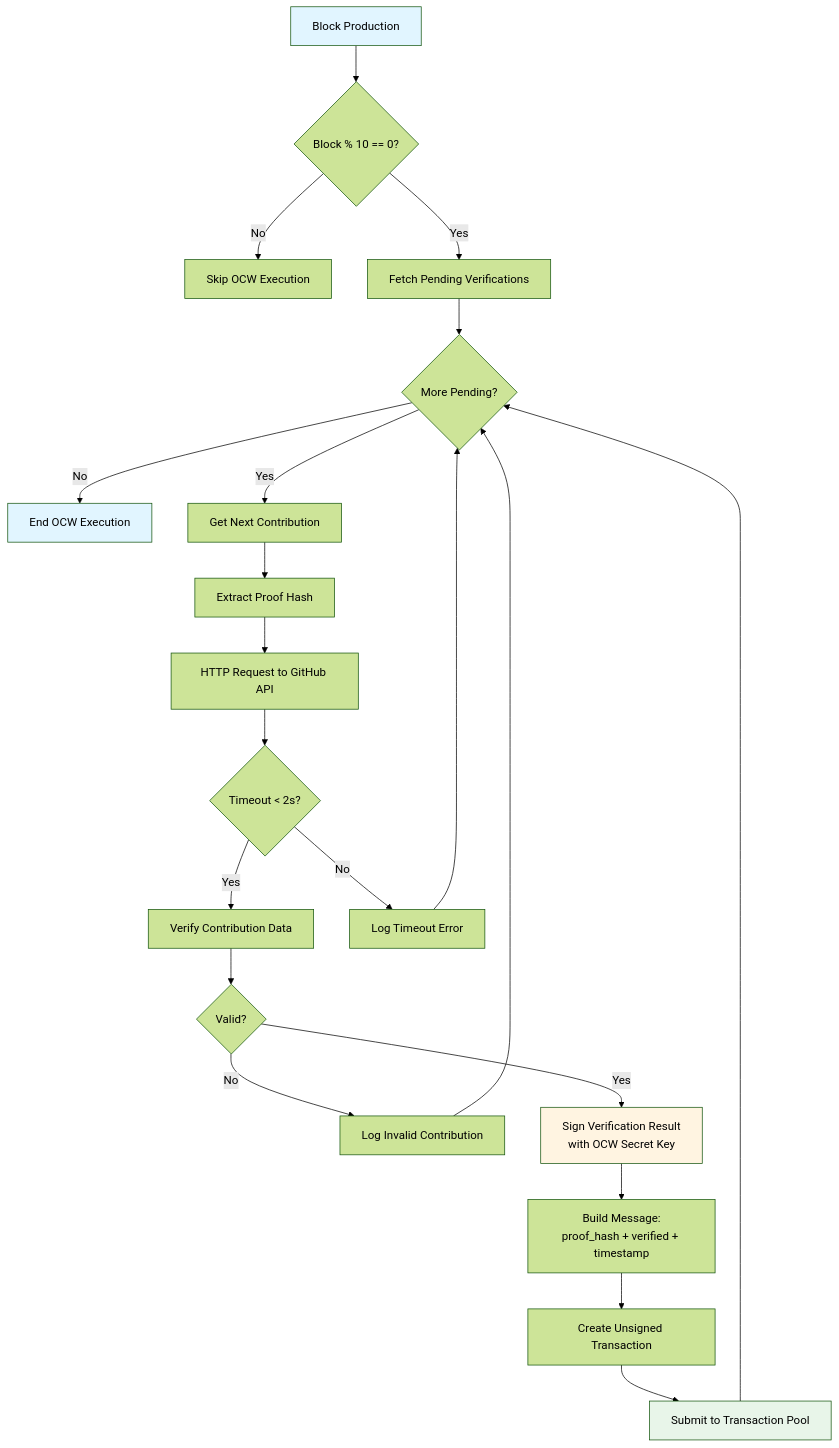
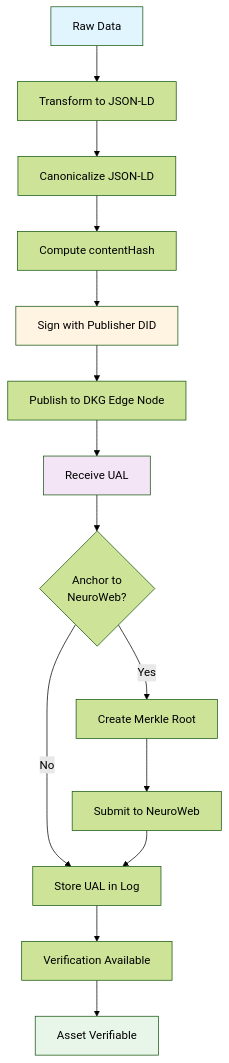
One commit to lucylow/dotrep changed the third of 5 diagrams in README.md. Above: the diagram before and after it, drawn with Mermaid (forest theme). The commit also changed other lines of this file and 14 other files, not shown here.

````diff
--- a/README.md
+++ b/README.md
@@ -1324,34 +211,21 @@
 ```mermaid
 flowchart TD
-    Start[Block Production] --> Check{Block % 10 == 0?}
-    Check -->|No| Skip[Skip OCW Execution]
-    Check -->|Yes| FetchPending[Fetch Pending Verifications]
-    
-    FetchPending --> Loop{More Pending?}
-    Loop -->|No| End[End OCW Execution]
-    
-    Loop -->|Yes| GetNext[Get Next Contribution]
-    GetNext --> GetProof[Extract Proof Hash]
-    GetProof --> HTTPRequest[HTTP Request to GitHub API]
-    
-    HTTPRequest --> Timeout{Timeout < 2s?}
-    Timeout -->|Yes| VerifyData[Verify Contribution Data]
-    Timeout -->|No| LogError[Log Timeout Error]
-    LogError --> Loop
-    
-    VerifyData --> Valid{Valid?}
-    Valid -->|No| LogInvalid[Log Invalid Contribution]
-    LogInvalid --> Loop
-    
-    Valid -->|Yes| SignData[Sign Verification Result<br/>with OCW Secret Key]
-    SignData --> BuildMsg[Build Message:<br/>proof_hash + verified + timestamp]
-    BuildMsg --> CreateTx[Create Unsigned Transaction]
-    CreateTx --> SubmitTx[Submit to Transaction Pool]
-    
-    SubmitTx --> Loop
+    Start[Raw Data] --> Transform[Transform to JSON-LD]
+    Transform --> Canonicalize[Canonicalize JSON-LD]
+    Canonicalize --> Hash[Compute contentHash]
+    Hash --> Sign[Sign with Publisher DID]
+    Sign --> Publish[Publish to DKG Edge Node]
+    Publish --> UAL[Receive UAL]
+    UAL --> Anchor{Anchor to<br/>NeuroWeb?}
+    Anchor -->|Yes| Merkle[Create Merkle Root]
+    Anchor -->|No| Store[Store UAL in Log]
+    Merkle --> OnChain[Submit to NeuroWeb]
+    OnChain --> Store
+    Store --> Verify[Verification Available]
+    Verify --> End[Asset Verifiable]
     
     style Start fill:#e1f5ff
-    style End fill:#e1f5ff
-    style SignData fill:#fff4e1
-    style SubmitTx fill:#e8f5e9
+    style End fill:#e8f5e9
+    style Sign fill:#fff4e1
+    style UAL fill:#f3e5f5
 ```
````
